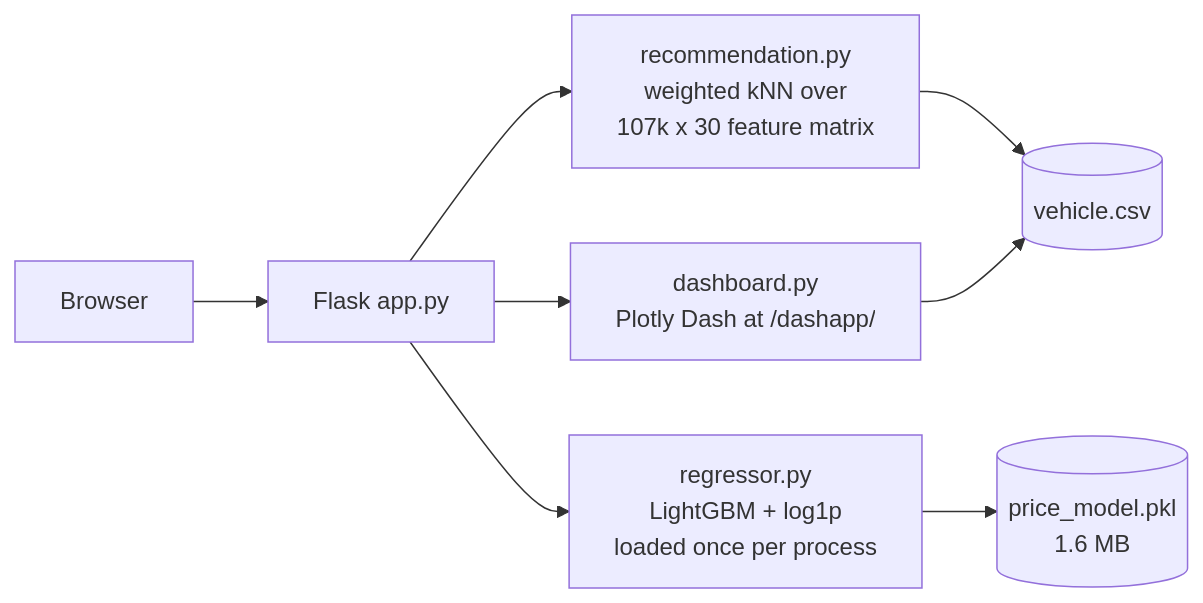
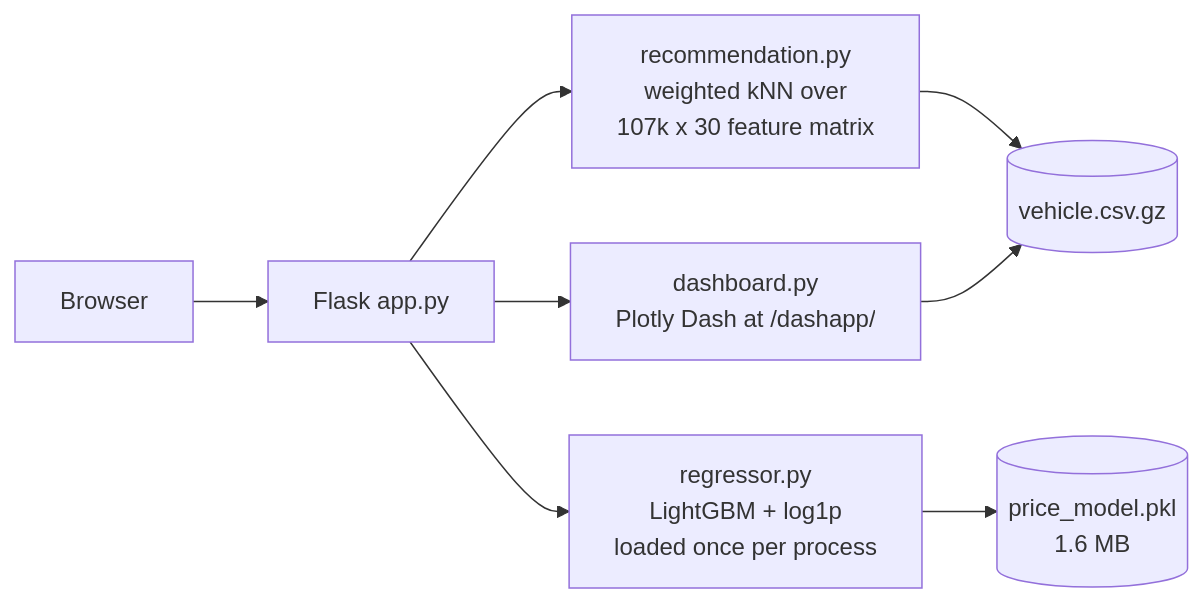
Before and after one commit to wanghuirudata/car-recommendation: the diagram in README.md, drawn with Mermaid. The commit also changed other lines of this file and 8 other files, not shown here.

````diff
--- a/README.md
+++ b/README.md
@@ -33,10 +33,10 @@
 ```mermaid
 flowchart LR
     U[Browser] --> F[Flask app.py]
     F --> R[recommendation.py<br/>weighted kNN over<br/>107k x 30 feature matrix]
     F --> P[regressor.py<br/>LightGBM + log1p<br/>loaded once per process]
     F --> D[dashboard.py<br/>Plotly Dash at /dashapp/]
-    R --> C[(vehicle.csv)]
+    R --> C[(vehicle.csv.gz)]
     P --> M[(price_model.pkl<br/>1.6 MB)]
     D --> C
 ```
````
